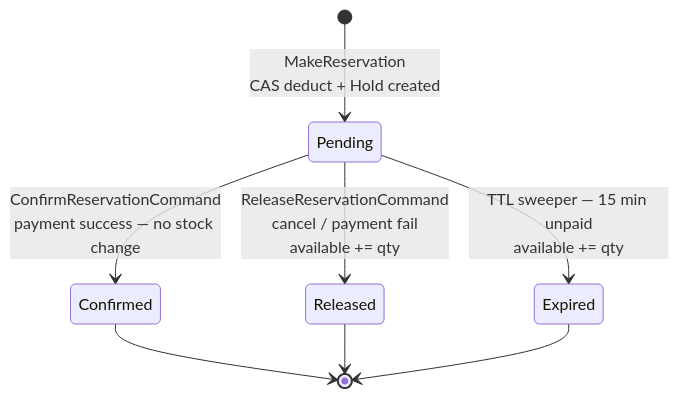
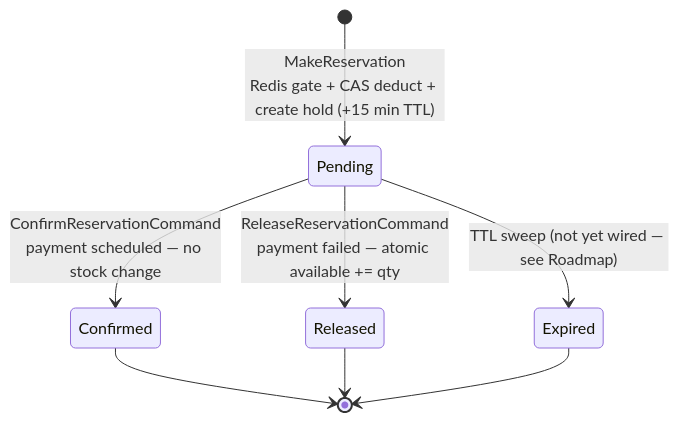
Before and after one commit to mnnam1302/EShop: the eighth of 13 diagrams in Inventory/src/EShop.Inventory.API/README.md, drawn with Mermaid. The commit also changed other lines of this file and 105 other files, not shown here.

````diff
--- a/Inventory/src/EShop.Inventory.API/README.md
+++ b/Inventory/src/EShop.Inventory.API/README.md
@@ -94,14 +242,12 @@
 ```mermaid
 stateDiagram-v2
-    [*] --> Pending : MakeReservation<br/>CAS deduct + Hold created
+    [*] --> Pending : MakeReservation<br/>Redis gate + CAS deduct + create hold (+15 min TTL)
 
-    Pending --> Confirmed : ConfirmReservationCommand<br/>payment success — no stock change
-
-    Pending --> Released : ReleaseReservationCommand<br/>cancel / payment fail<br/>available += qty
-
-    Pending --> Expired  : TTL sweeper — 15 min unpaid<br/>available += qty
+    Pending --> Confirmed : ConfirmReservationCommand<br/>payment scheduled — no stock change
+    Pending --> Released  : ReleaseReservationCommand<br/>payment failed — atomic available += qty
+    Pending --> Expired   : TTL sweep (not yet wired — see Roadmap)
 
     Confirmed --> [*]
     Released  --> [*]
     Expired   --> [*]
 ```
````
